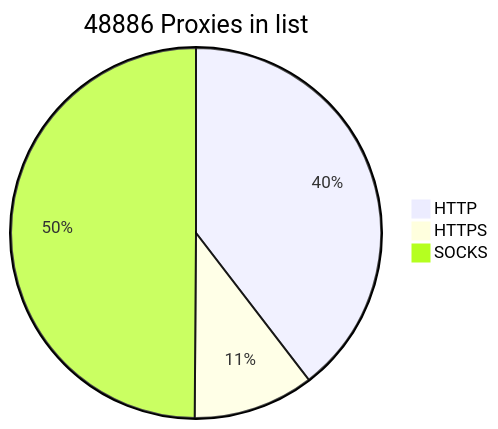
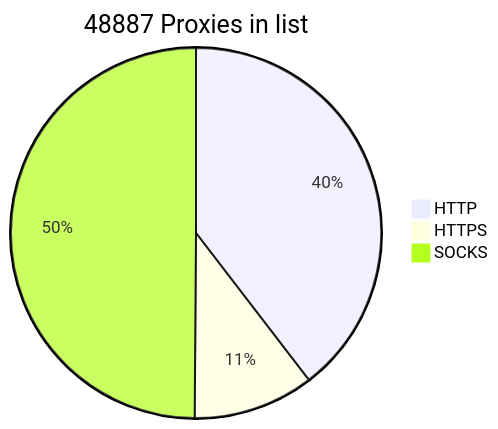
One commit to BlackSnowDot/proxylist-update-every-minute changed the diagram in README.md. Above: the diagram before and after it, drawn with Mermaid.

````diff
--- a/README.md
+++ b/README.md
@@ -2,6 +2,6 @@
 ```mermaid
-pie title 48886 Proxies in list
-    "HTTP" : 21330
+pie title 48887 Proxies in list
+    "HTTP" : 21331
     "HTTPS": 5681
     "SOCKS" : 26890
 ```
````
